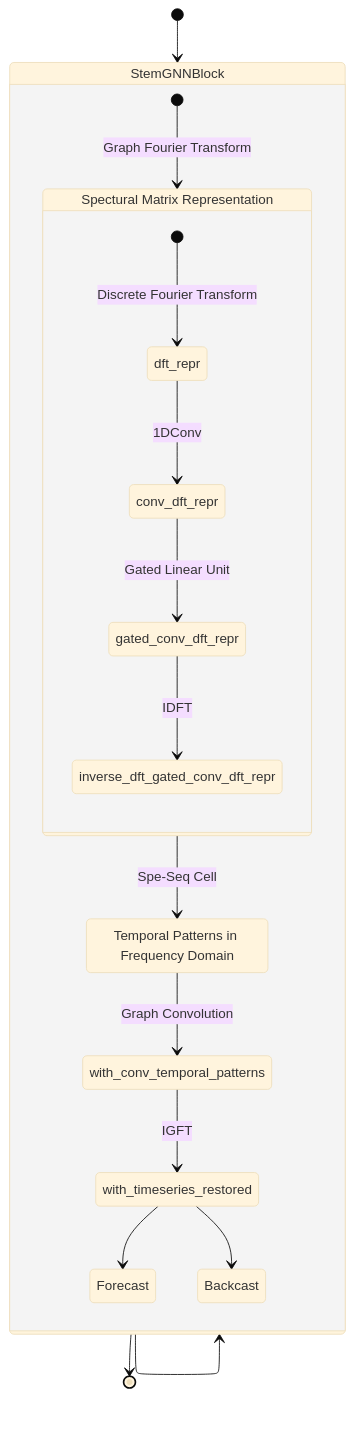
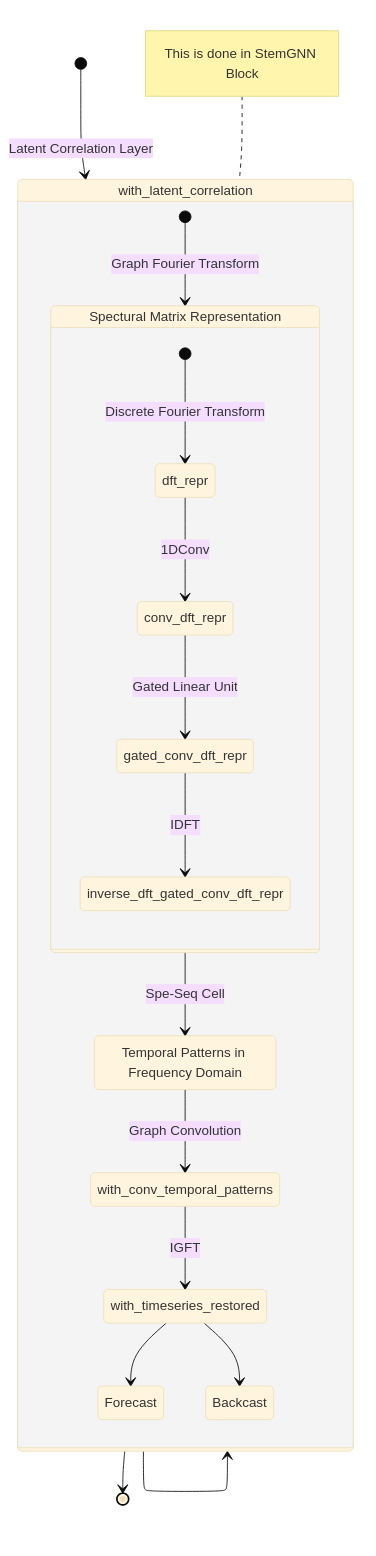
The diagram in content/reading/stemgnn.md (datumorphism/datumorphism.github.io), drawn with Mermaid (base theme) before and after one commit.

Commit message:
stemgnn update

```diff
--- a/content/reading/stemgnn.md
+++ b/content/reading/stemgnn.md
@@ -23,38 +23,40 @@
 {{< mermaid >}}
 stateDiagram-v2
     with_spectral_matrix_representation: Spectural Matrix Representation
     with_temporal_patterns_in_freq_domain: Temporal Patterns in Frequency Domain
 
-    [*] --> StemGNNBlock
+    [*] --> with_latent_correlation: Latent Correlation Layer
 
-    StemGNNBlock --> StemGNNBlock
+    with_latent_correlation --> with_latent_correlation
 
-    state StemGNNBlock {
+    state with_latent_correlation {
         [*] --> with_spectral_matrix_representation: Graph Fourier Transform
 
         with_spectral_matrix_representation --> with_temporal_patterns_in_freq_domain: Spe-Seq Cell
 
         with_temporal_patterns_in_freq_domain --> with_conv_temporal_patterns: Graph Convolution
 
         with_conv_temporal_patterns --> with_timeseries_restored: IGFT
 
         with_timeseries_restored --> Forecast
         with_timeseries_restored --> Backcast
 
     }
+    note left of with_latent_correlation: This is done in StemGNN Block
 
 
 
     state with_spectral_matrix_representation {
         [*] --> dft_repr: Discrete Fourier Transform
 
         dft_repr --> conv_dft_repr: 1DConv
 
         conv_dft_repr --> gated_conv_dft_repr: Gated Linear Unit
 
         gated_conv_dft_repr --> inverse_dft_gated_conv_dft_repr: IDFT
     }
 
 
-    StemGNNBlock --> [*]
+    with_latent_correlation --> [*]
+
 {{< /mermaid >}}
```
